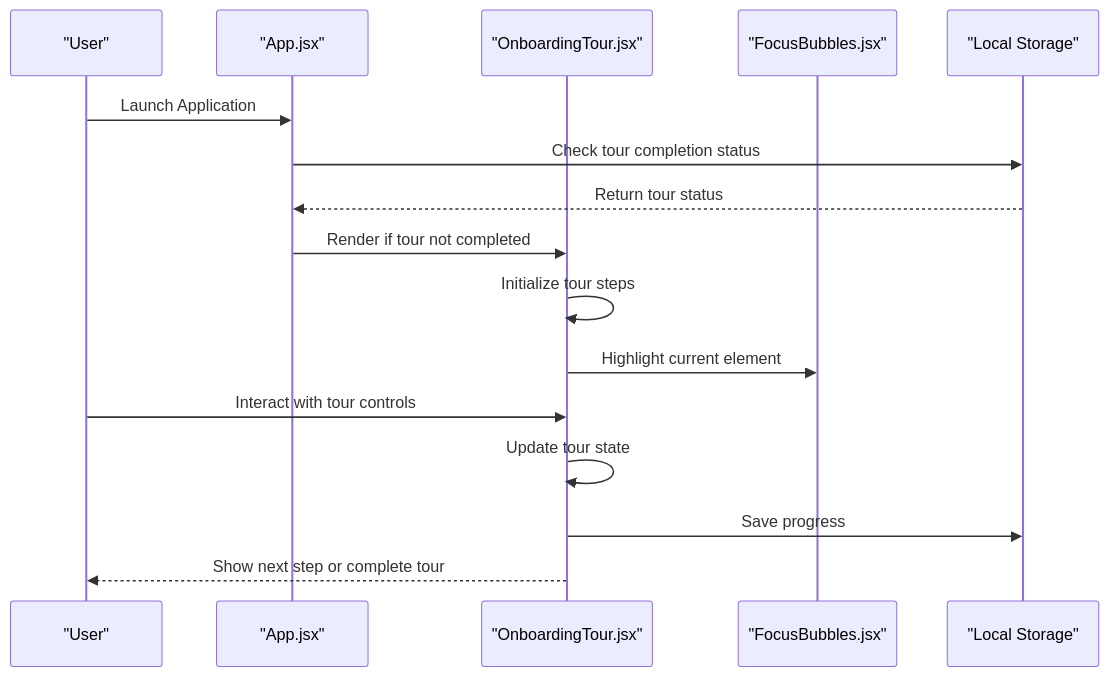
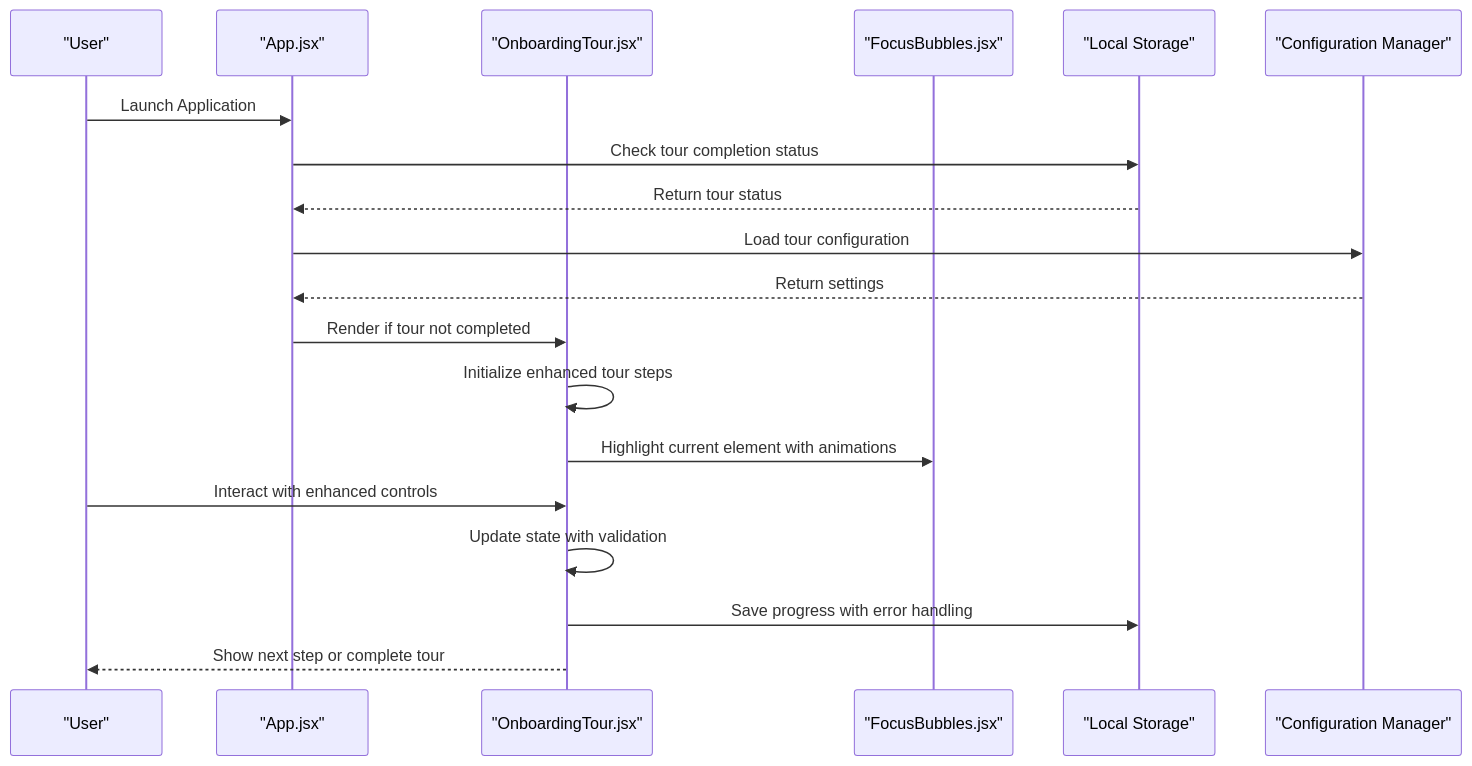
One commit to zmyeo54/briefroom changed the second of 6 diagrams in .qoder/repowiki/en/content/Core Features/Onboarding Tour System.md. Above: the diagram before and after it, drawn with Mermaid. The commit also changed other lines of this file and 32 other files, not shown here.

````diff
--- a/.qoder/repowiki/en/content/Core Features/Onboarding Tour System.md
+++ b/.qoder/repowiki/en/content/Core Features/Onboarding Tour System.md
@@ -111,18 +123,21 @@
 ```mermaid
 sequenceDiagram
 participant User as "User"
 participant App as "App.jsx"
 participant Tour as "OnboardingTour.jsx"
 participant Focus as "FocusBubbles.jsx"
 participant Storage as "Local Storage"
+participant Config as "Configuration Manager"
 User->>App : Launch Application
 App->>Storage : Check tour completion status
 Storage-->>App : Return tour status
+App->>Config : Load tour configuration
+Config-->>App : Return settings
 App->>Tour : Render if tour not completed
-Tour->>Tour : Initialize tour steps
-Tour->>Focus : Highlight current element
-User->>Tour : Interact with tour controls
-Tour->>Tour : Update tour state
-Tour->>Storage : Save progress
+Tour->>Tour : Initialize enhanced tour steps
+Tour->>Focus : Highlight current element with animations
+User->>Tour : Interact with enhanced controls
+Tour->>Tour : Update state with validation
+Tour->>Storage : Save progress with error handling
 Tour-->>User : Show next step or complete tour
 ```
````
